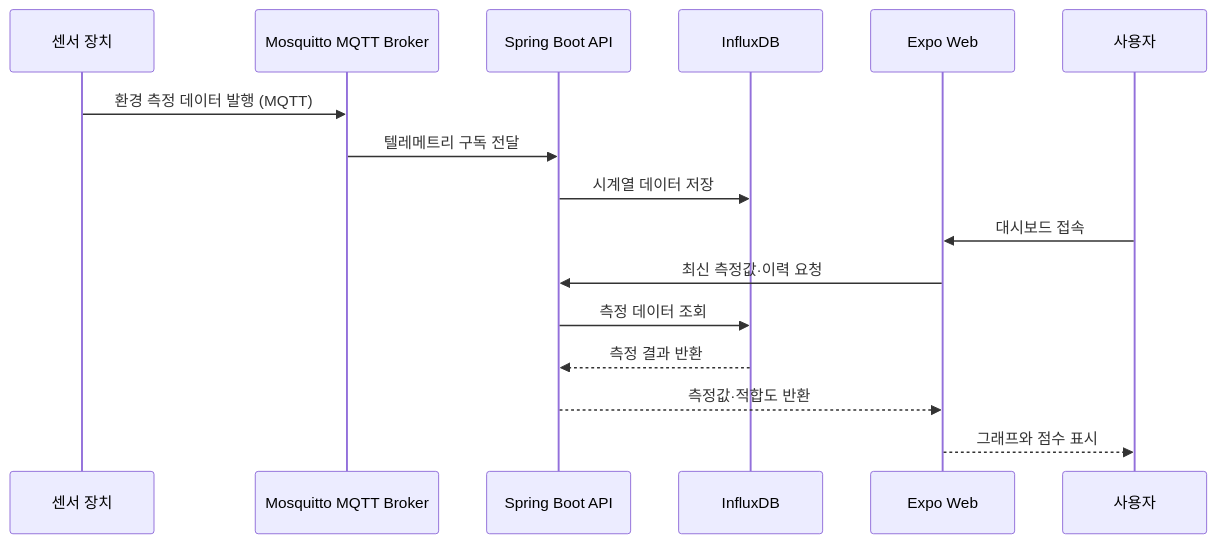
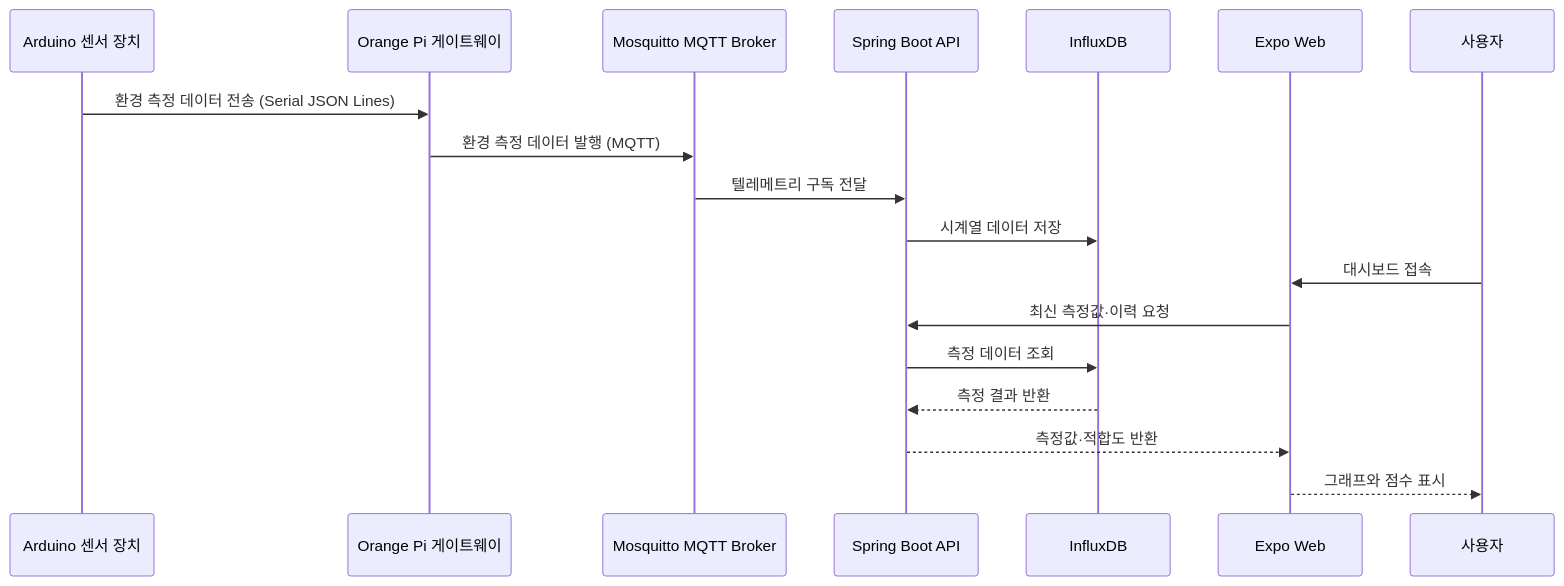
One commit to 7hyunii/pnuai-b-02-terrabyte changed the third of 3 diagrams in README.md. Above: the diagram before and after it, drawn with Mermaid. The commit also changed other lines of this file and 1 other file, not shown here.

````diff
--- a/README.md
+++ b/README.md
@@ -126,19 +136,21 @@
 ```mermaid
 sequenceDiagram
-    participant Device as 센서 장치
+    participant Device as Arduino 센서 장치
+    participant Edge as Orange Pi 게이트웨이
     participant Broker as Mosquitto MQTT Broker
     participant API as Spring Boot API
     participant Influx as InfluxDB
     participant Web as Expo Web
     participant User as 사용자
 
-    Device->>Broker: 환경 측정 데이터 발행 (MQTT)
+    Device->>Edge: 환경 측정 데이터 전송 (Serial JSON Lines)
+    Edge->>Broker: 환경 측정 데이터 발행 (MQTT)
     Broker->>API: 텔레메트리 구독 전달
     API->>Influx: 시계열 데이터 저장
     User->>Web: 대시보드 접속
     Web->>API: 최신 측정값·이력 요청
     API->>Influx: 측정 데이터 조회
     Influx-->>API: 측정 결과 반환
     API-->>Web: 측정값·적합도 반환
     Web-->>User: 그래프와 점수 표시
 ```
````
